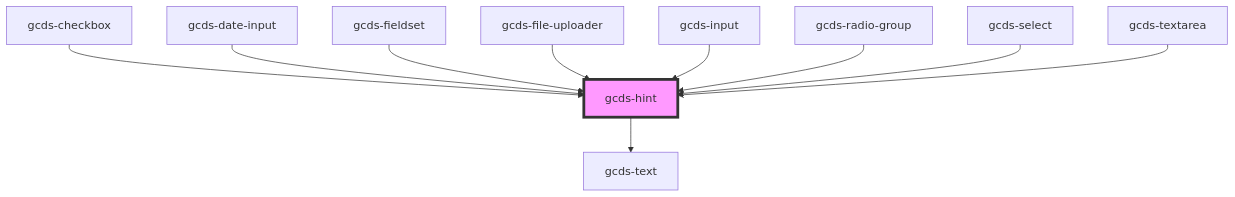
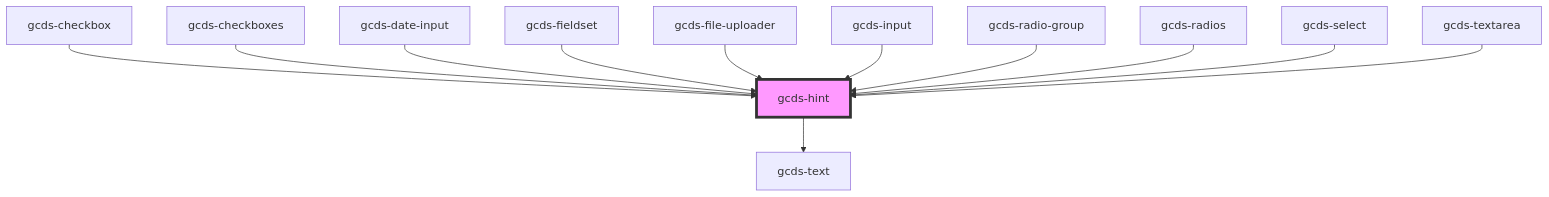
Before and after one commit to cds-snc/gcds-components: the diagram in packages/web/src/components/gcds-hint/readme.md, drawn with Mermaid. The commit also changed other lines of this file and 49 other files, not shown here.

First line of the commit message:
feat: Rework fieldset and new gcds-radios and gcds-checkboxes components (#845)

````diff
--- a/packages/web/src/components/gcds-hint/readme.md
+++ b/packages/web/src/components/gcds-hint/readme.md
@@ -40,13 +42,15 @@
 ```mermaid
 graph TD;
   gcds-hint --> gcds-text
   gcds-checkbox --> gcds-hint
+  gcds-checkboxes --> gcds-hint
   gcds-date-input --> gcds-hint
   gcds-fieldset --> gcds-hint
   gcds-file-uploader --> gcds-hint
   gcds-input --> gcds-hint
   gcds-radio-group --> gcds-hint
+  gcds-radios --> gcds-hint
   gcds-select --> gcds-hint
   gcds-textarea --> gcds-hint
   style gcds-hint fill:#f9f,stroke:#333,stroke-width:4px
 ```
````
